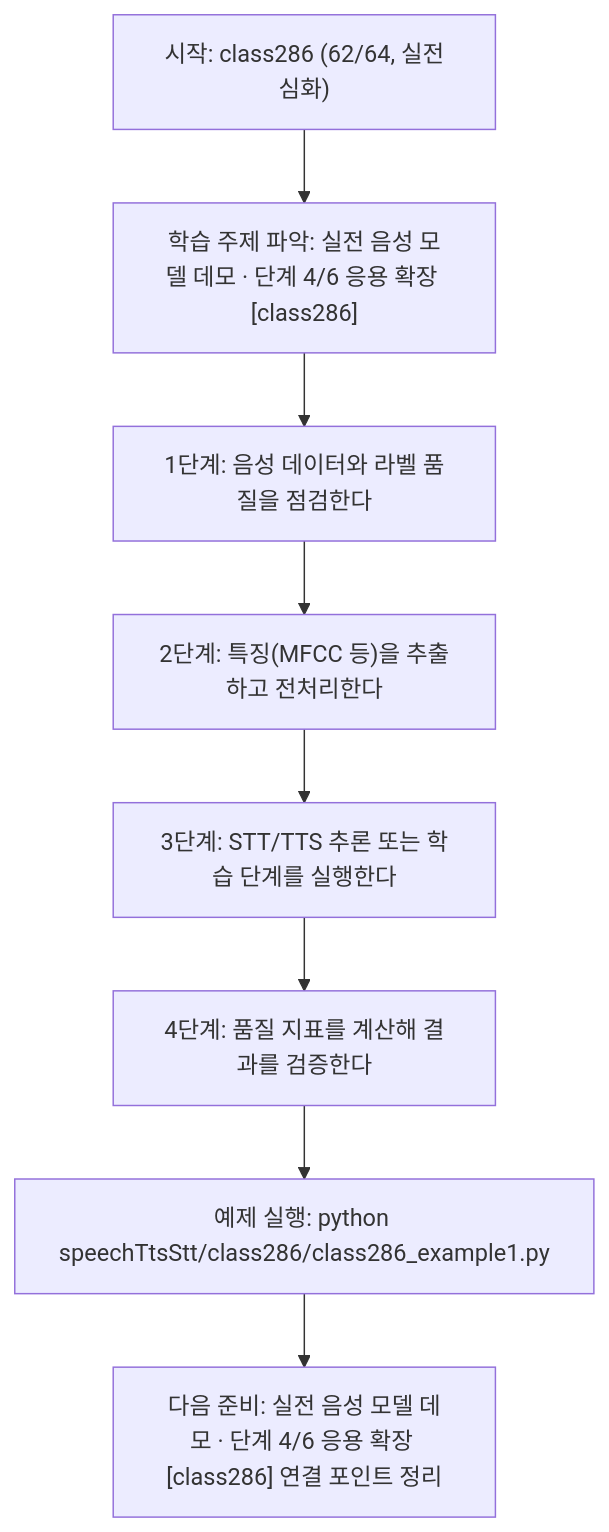
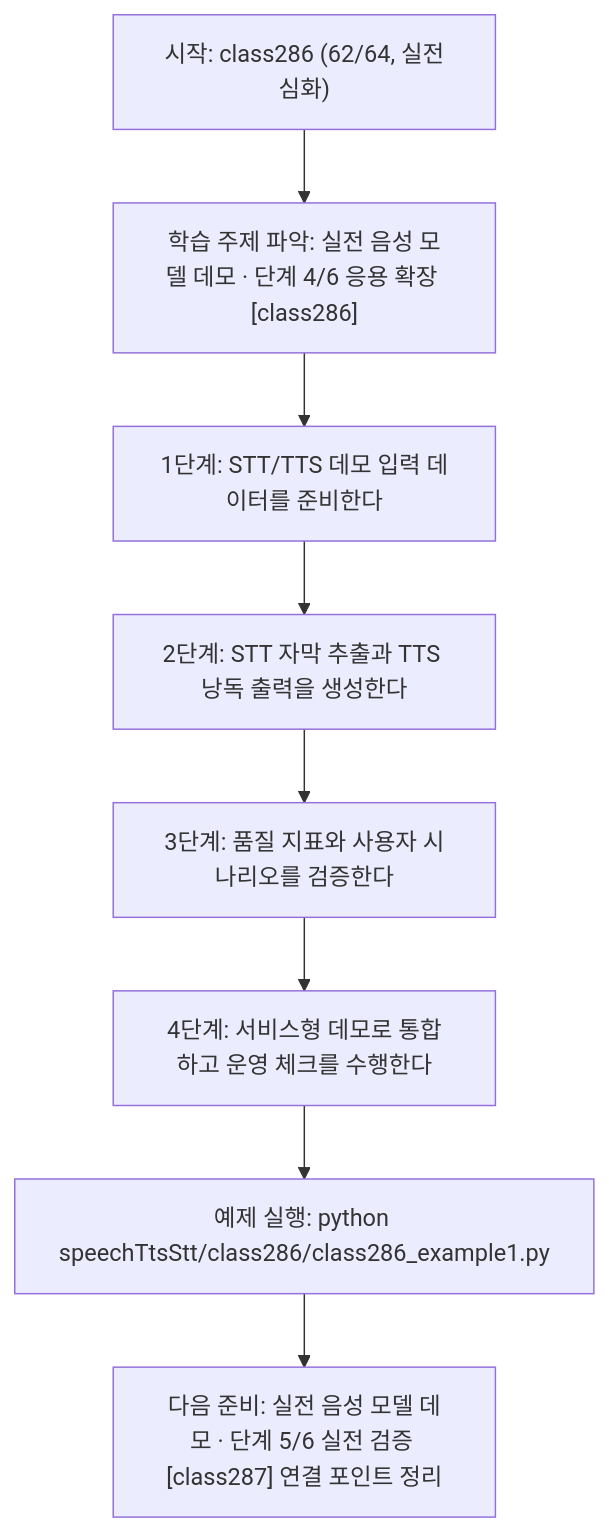
Before and after one commit to edumgt/Python-AI_Agent-Class: the diagram in speechTtsStt/class286/class286.md, drawn with Mermaid. The commit also changed other lines of this file and 1122 other files, not shown here.

````diff
--- a/speechTtsStt/class286/class286.md
+++ b/speechTtsStt/class286/class286.md
@@ -115,18 +95,18 @@
 ```mermaid
 flowchart TD
 N1["시작: class286 (62/64, 실전심화)"]
 N2["학습 주제 파악: 실전 음성 모델 데모 · 단계 4/6 응용 확장 [class286]"]
-N3["1단계: 음성 데이터와 라벨 품질을 점검한다"]
-N4["2단계: 특징(MFCC 등)을 추출하고 전처리한다"]
-N5["3단계: STT/TTS 추론 또는 학습 단계를 실행한다"]
-N6["4단계: 품질 지표를 계산해 결과를 검증한다"]
+N3["1단계: STT/TTS 데모 입력 데이터를 준비한다"]
+N4["2단계: STT 자막 추출과 TTS 낭독 출력을 생성한다"]
+N5["3단계: 품질 지표와 사용자 시나리오를 검증한다"]
+N6["4단계: 서비스형 데모로 통합하고 운영 체크를 수행한다"]
 N7["예제 실행: python speechTtsStt/class286/class286_example1.py"]
-N8["다음 준비: 실전 음성 모델 데모 · 단계 4/6 응용 확장 [class286] 연결 포인트 정리"]
+N8["다음 준비: 실전 음성 모델 데모 · 단계 5/6 실전 검증 [class287] 연결 포인트 정리"]
 N1 --> N2
 N2 --> N3
 N3 --> N4
 N4 --> N5
 N5 --> N6
 N6 --> N7
 N7 --> N8
 ```
````
